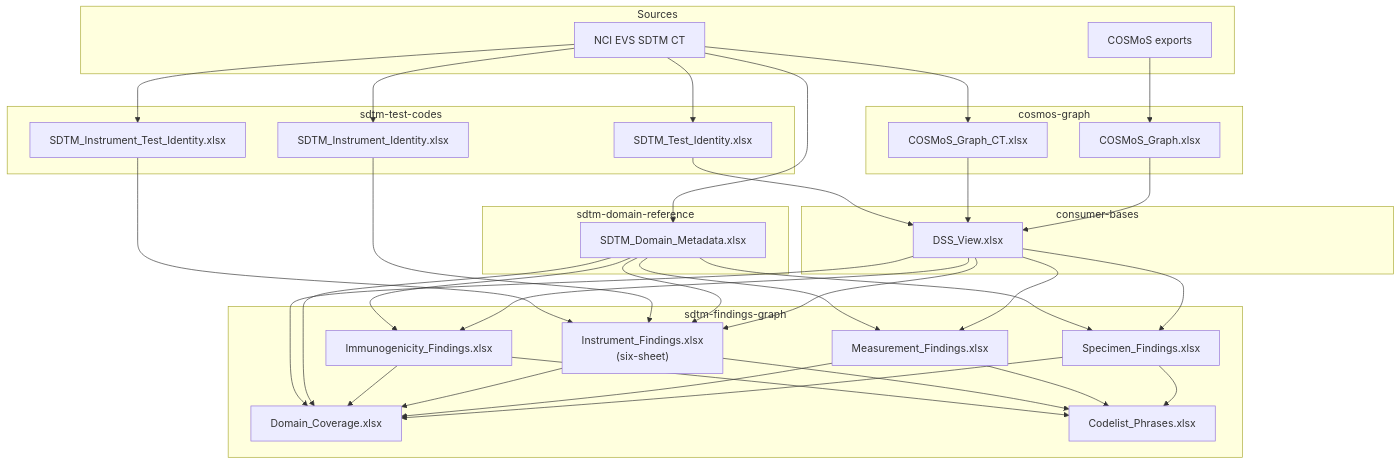
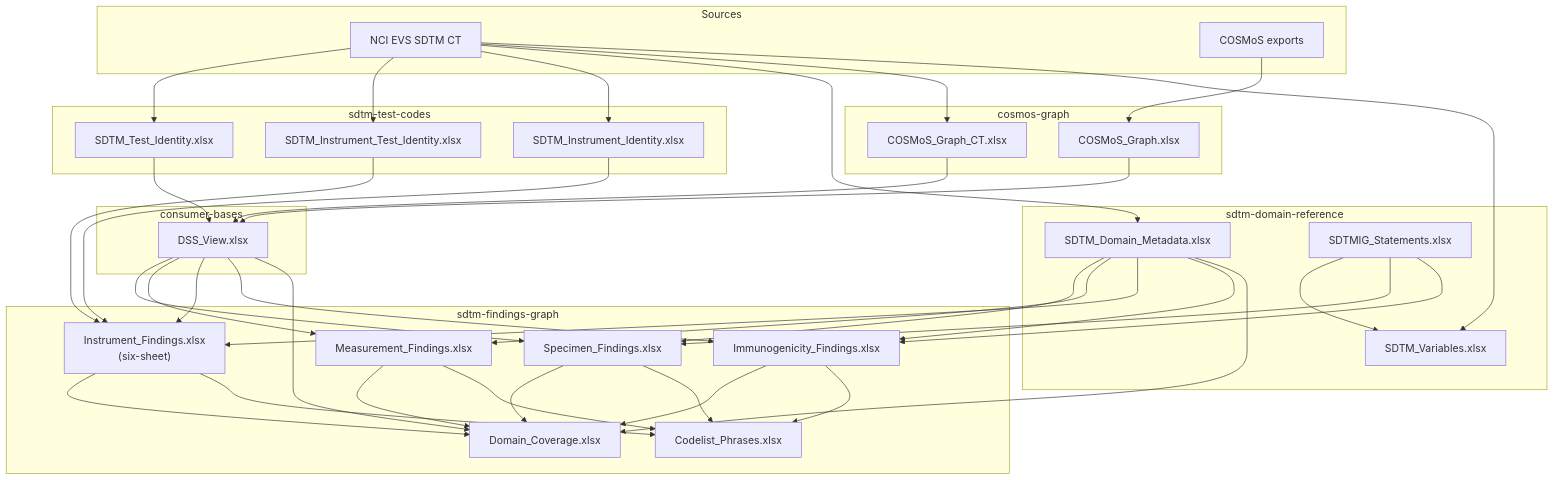
One commit to kerfors/cdisc-for-ai changed the first of 2 diagrams in docs/Data_Flow.md. Above: the diagram before and after it, drawn with Mermaid. The commit also changed other lines of this file and 9 other files, not shown here.

First line of the commit message:
SDTM_Variables: Model and IG variable tables, joined, with NCIt

````diff
--- a/docs/Data_Flow.md
+++ b/docs/Data_Flow.md
@@ -9,67 +9,73 @@
 ```mermaid
 graph TD
     subgraph Sources
         EVS["NCI EVS SDTM CT"]
         COS["COSMoS exports"]
     end
 
     subgraph sdtm-test-codes
         TI["SDTM_Test_Identity.xlsx"]
         ITI["SDTM_Instrument_Test_Identity.xlsx"]
         II["SDTM_Instrument_Identity.xlsx"]
     end
 
     subgraph cosmos-graph
         CG["COSMoS_Graph.xlsx"]
         CGC["COSMoS_Graph_CT.xlsx"]
     end
 
     subgraph sdtm-domain-reference
         DM["SDTM_Domain_Metadata.xlsx"]
+        STM["SDTMIG_Statements.xlsx"]
+        SVR["SDTM_Variables.xlsx"]
     end
 
     subgraph consumer-bases
         DV["DSS_View.xlsx"]
     end
 
     subgraph sdtm-findings-graph
         SF["Specimen_Findings.xlsx"]
         MF["Measurement_Findings.xlsx"]
         IF["Instrument_Findings.xlsx<br/>(six-sheet)"]
         IMF["Immunogenicity_Findings.xlsx"]
         DC["Domain_Coverage.xlsx"]
         CPH["Codelist_Phrases.xlsx"]
     end
 
     EVS --> TI
     EVS --> ITI
     EVS --> II
     EVS --> DM
     EVS --> CGC
     COS --> CG
 
     CG --> DV
     CGC --> DV
     TI --> DV
 
     DV --> SF
     DV --> MF
     DV --> IF
     DV --> IMF
     DM --> SF
     DM --> MF
+    STM --> SVR
+    EVS --> SVR
+    STM --> SF
+    STM --> IMF
     DM --> IF
     DM --> IMF
     II --> IF
     ITI --> IF
     SF --> DC
     MF --> DC
     IF --> DC
     IMF --> DC
     SF --> CPH
     MF --> CPH
     IF --> CPH
     IMF --> CPH
     DM --> DC
     DV --> DC
 ```
````
